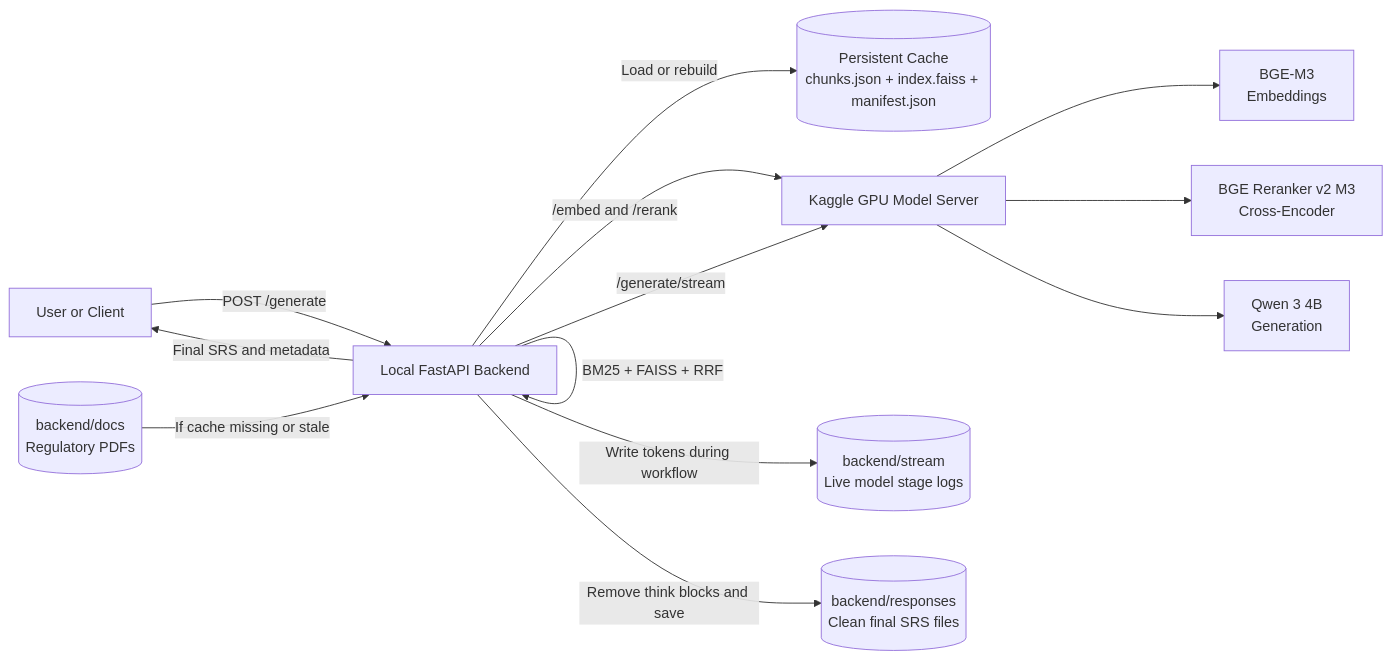
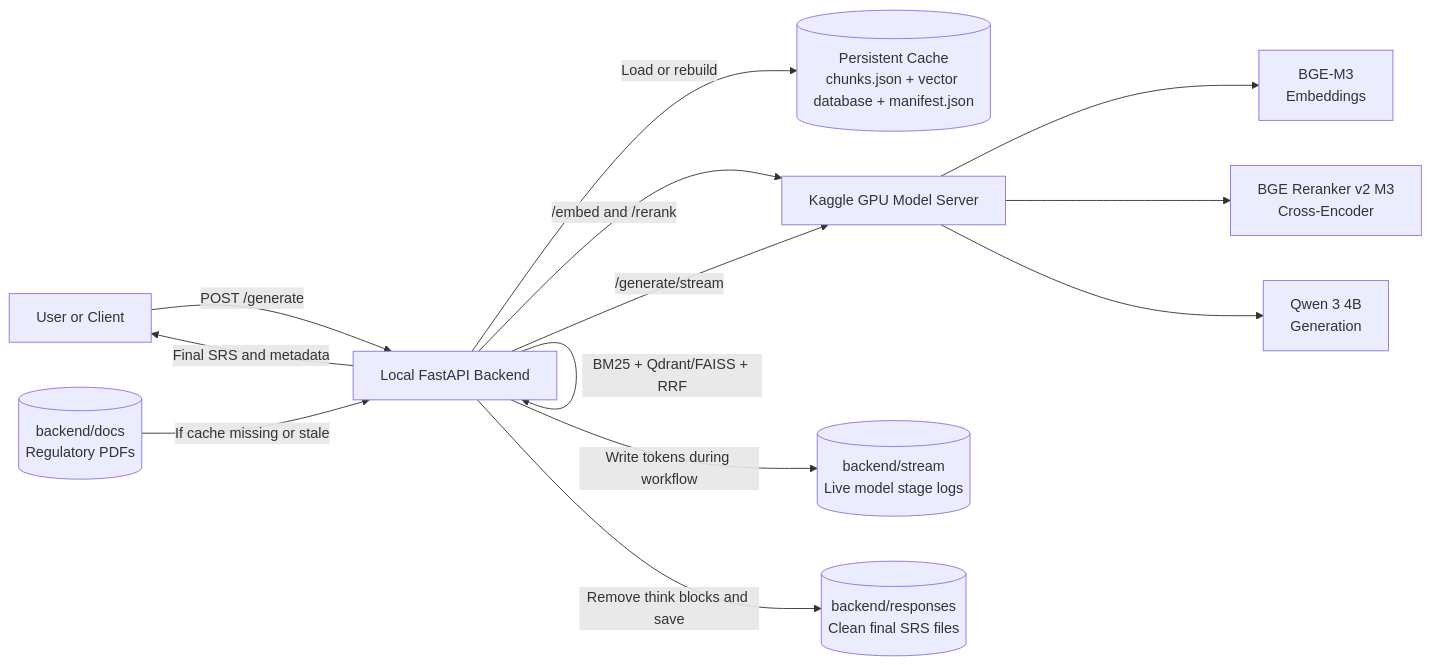
One commit to Pradyun-D/SE-Project changed the first of 3 diagrams in PROJECT_DOCUMENTATION.md. Above: the diagram before and after it, drawn with Mermaid. The commit also changed other lines of this file and 15 other files, not shown here.

````diff
--- a/PROJECT_DOCUMENTATION.md
+++ b/PROJECT_DOCUMENTATION.md
@@ -28,26 +28,26 @@
 ```mermaid
 flowchart LR
     User[User or Client]
     Local[Local FastAPI Backend]
-    Cache[(Persistent Cache<br/>chunks.json + index.faiss + manifest.json)]
+   Cache[(Persistent Cache<br/>chunks.json + vector database + manifest.json)]
     Docs[(backend/docs<br/>Regulatory PDFs)]
     Kaggle[Kaggle GPU Model Server]
     Qwen[Qwen 3 4B<br/>Generation]
     BGE[BGE-M3<br/>Embeddings]
     Reranker[BGE Reranker v2 M3<br/>Cross-Encoder]
     Stream[(backend/stream<br/>Live model stage logs)]
     Responses[(backend/responses<br/>Clean final SRS files)]
 
     User -->|POST /generate| Local
     Local -->|Load or rebuild| Cache
     Docs -->|If cache missing or stale| Local
     Local -->|/embed and /rerank| Kaggle
     Local -->|/generate/stream| Kaggle
     Kaggle --> BGE
     Kaggle --> Reranker
     Kaggle --> Qwen
-    Local -->|BM25 + FAISS + RRF| Local
+   Local -->|BM25 + Qdrant/FAISS + RRF| Local
     Local -->|Write tokens during workflow| Stream
     Local -->|Remove think blocks and save| Responses
     Local -->|Final SRS and metadata| User
 ```
````
